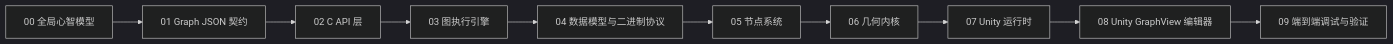
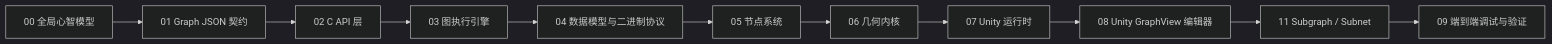
The diagram in docs/Tutorials/index.md (DJ-Huang/PCG-AI), drawn with Mermaid (dark theme) before and after one commit. The commit also changed other lines of this file and 17 other files, not shown here.

````diff
--- a/docs/Tutorials/index.md
+++ b/docs/Tutorials/index.md
@@ -20,12 +20,13 @@
 ```mermaid
 flowchart LR
     O["00 全局心智模型"] --> A["01 Graph JSON 契约"]
     A --> B["02 C API 层"]
     B --> C["03 图执行引擎"]
     C --> D["04 数据模型与二进制协议"]
     D --> E["05 节点系统"]
     E --> F["06 几何内核"]
     F --> G["07 Unity 运行时"]
     G --> H["08 Unity GraphView 编辑器"]
-    H --> I["09 端到端调试与验证"]
+    H --> SG["11 Subgraph / Subnet"]
+    SG --> I["09 端到端调试与验证"]
 ```
````
